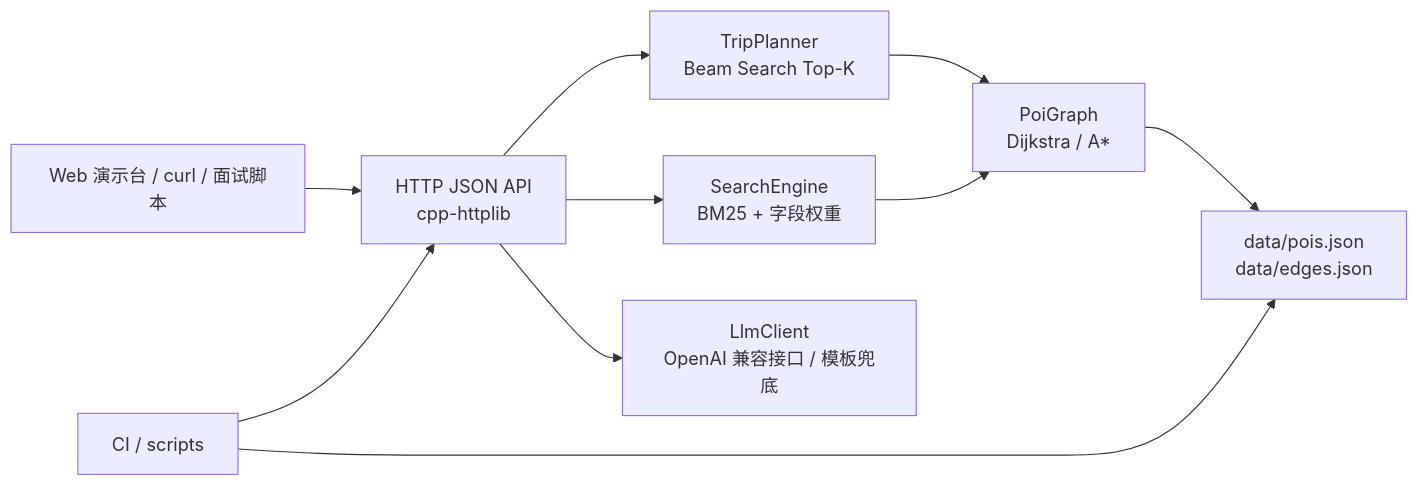
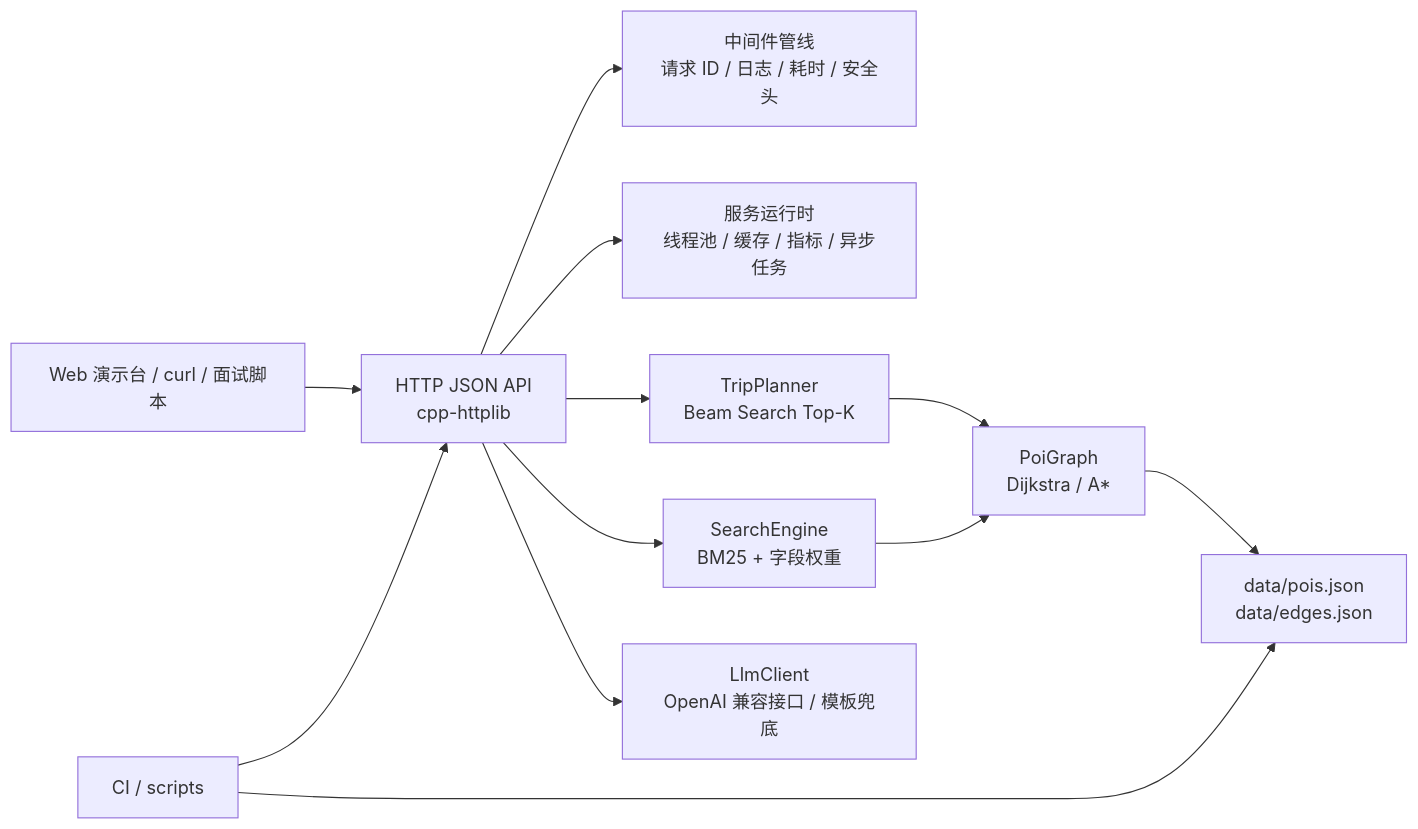
The diagram in docs/architecture.md (4evour/Tour-Pass), drawn with Mermaid before and after one commit. The commit also changed other lines of this file and 14 other files, not shown here.

````diff
--- a/docs/architecture.md
+++ b/docs/architecture.md
@@ -5,12 +5,14 @@
 ```mermaid
 flowchart LR
     Client["Web 演示台 / curl / 面试脚本"] --> Api["HTTP JSON API<br/>cpp-httplib"]
+    Api --> Middleware["中间件管线<br/>请求 ID / 日志 / 耗时 / 安全头"]
+    Api --> Runtime["服务运行时<br/>线程池 / 缓存 / 指标 / 异步任务"]
     Api --> Planner["TripPlanner<br/>Beam Search Top-K"]
     Api --> Search["SearchEngine<br/>BM25 + 字段权重"]
     Api --> LLM["LlmClient<br/>OpenAI 兼容接口 / 模板兜底"]
     Planner --> Graph["PoiGraph<br/>Dijkstra / A*"]
     Search --> Graph
     Graph --> Data["data/pois.json<br/>data/edges.json"]
     Scripts["CI / scripts"] --> Data
     Scripts --> Api
 ```
````
